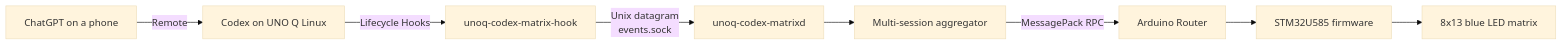
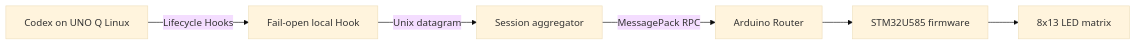
One commit to HSBL-ko-gyo/unoq-codex-matrix changed the diagram in README.md. Above: the diagram before and after it, drawn with Mermaid (base theme). The commit also changed other lines of this file and 3 other files, not shown here.

````diff
--- a/README.md
+++ b/README.md
@@ -22,10 +17,8 @@
 ```mermaid
 flowchart LR
-    Phone["ChatGPT on a phone"] -->|"Remote"| Codex["Codex on UNO Q Linux"]
-    Codex -->|"Lifecycle Hooks"| Hook["unoq-codex-matrix-hook"]
-    Hook -->|"Unix datagram<br/>events.sock"| Daemon["unoq-codex-matrixd"]
-    Daemon --> Aggregate["Multi-session aggregator"]
-    Aggregate -->|"MessagePack RPC"| Router["Arduino Router"]
+    Codex["Codex on UNO Q Linux"] -->|"Lifecycle Hooks"| Hook["Fail-open local Hook"]
+    Hook -->|"Unix datagram"| Daemon["Session aggregator"]
+    Daemon -->|"MessagePack RPC"| Router["Arduino Router"]
     Router --> MCU["STM32U585 firmware"]
-    MCU --> Matrix["8x13 blue LED matrix"]
+    MCU --> Matrix["8x13 LED matrix"]
 ```
````
